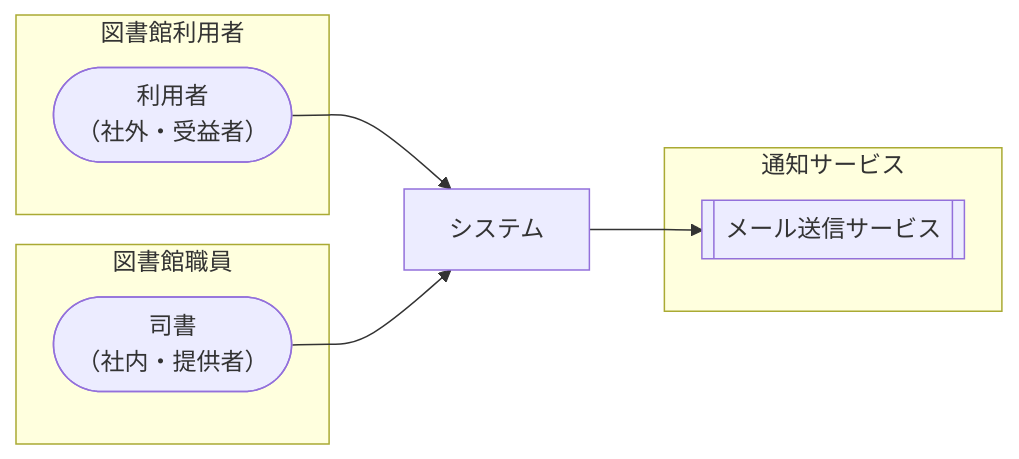
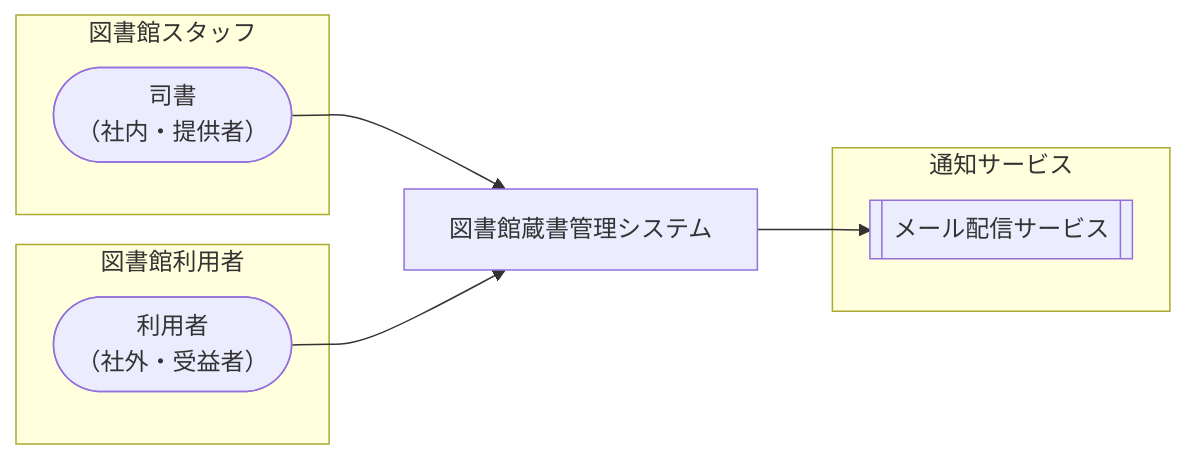
One commit to suwa-sh/suwa-sh-claude-plugins changed the diagram in samples/distillery/pipeline/rdra/latest/views/01_システムコンテキスト.md. Above: the diagram before and after it, drawn with Mermaid. The commit also changed other lines of this file and 1723 other files, not shown here.

````diff
--- a/samples/distillery/pipeline/rdra/latest/views/01_システムコンテキスト.md
+++ b/samples/distillery/pipeline/rdra/latest/views/01_システムコンテキスト.md
@@ -7,16 +7,16 @@
 ```mermaid
 graph LR
-  subgraph AG1["図書館利用者"]
-    AC1(["利用者<br/>（社外・受益者）"])
+  subgraph AG1["図書館スタッフ"]
+    AC1(["司書<br/>（社内・提供者）"])
   end
-  subgraph AG2["図書館職員"]
-    AC2(["司書<br/>（社内・提供者）"])
+  subgraph AG2["図書館利用者"]
+    AC2(["利用者<br/>（社外・受益者）"])
   end
-  SYS["システム"]
+  SYS["図書館蔵書管理システム"]
   subgraph EG1["通知サービス"]
-    EX1[["メール送信サービス"]]
+    EX1[["メール配信サービス"]]
   end
   AC1 --> SYS
   AC2 --> SYS
   SYS --> EX1
 ```
````
